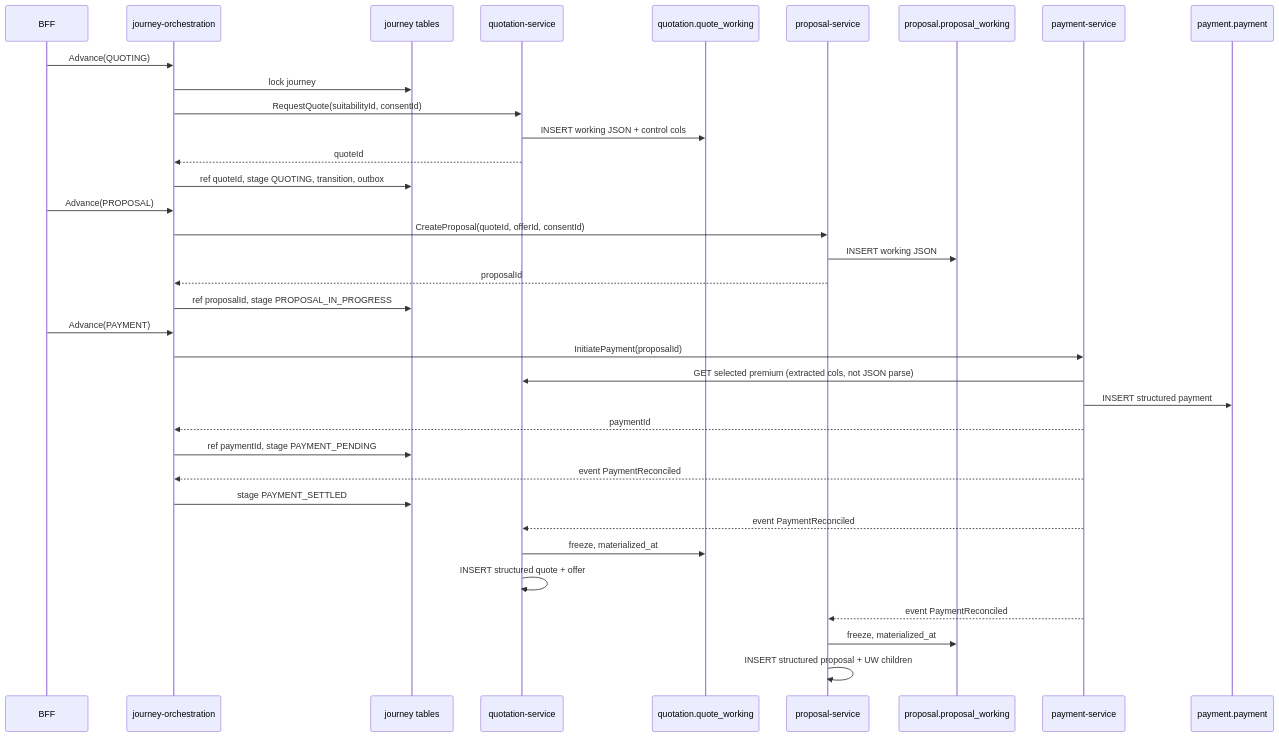
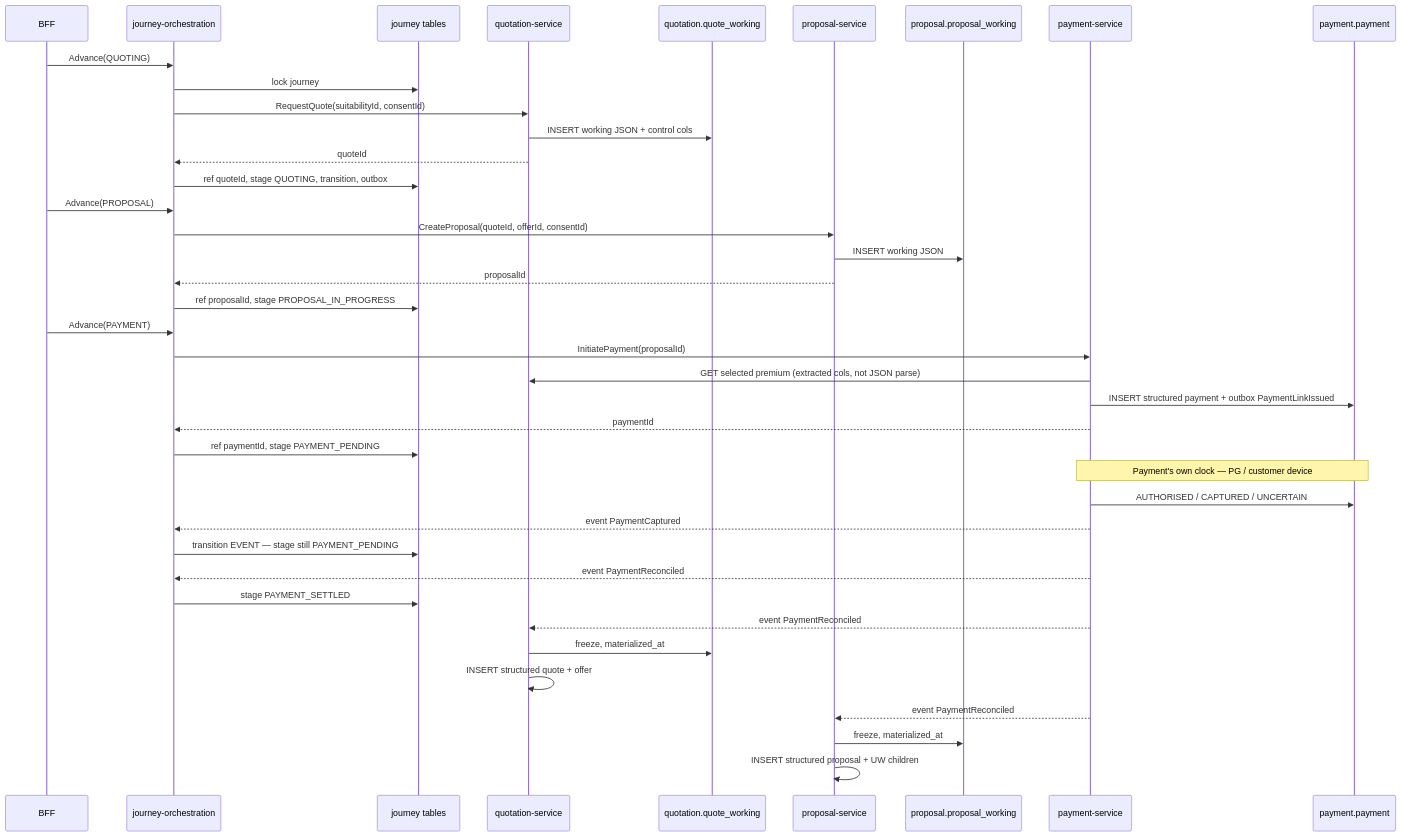
Before and after one commit to Mahesh38/bank-insurance-platform: the second of 4 diagrams in docs/platform/data-architecture/06-journey-orchestrator-and-working-payload.md, drawn with Mermaid. The commit also changed other lines of this file and 11 other files, not shown here.

````diff
--- a/docs/platform/data-architecture/06-journey-orchestrator-and-working-payload.md
+++ b/docs/platform/data-architecture/06-journey-orchestrator-and-working-payload.md
@@ -149,41 +151,46 @@
 ```mermaid
 sequenceDiagram
     participant BFF
     participant JO as journey-orchestration
     participant JT as journey tables
     participant QS as quotation-service
     participant QW as quotation.quote_working
     participant PS as proposal-service
     participant PW as proposal.proposal_working
     participant PAY as payment-service
     participant PT as payment.payment
 
     BFF->>JO: Advance(QUOTING)
     JO->>JT: lock journey
     JO->>QS: RequestQuote(suitabilityId, consentId)
     QS->>QW: INSERT working JSON + control cols
     QS-->>JO: quoteId
     JO->>JT: ref quoteId, stage QUOTING, transition, outbox
 
     BFF->>JO: Advance(PROPOSAL)
     JO->>PS: CreateProposal(quoteId, offerId, consentId)
     PS->>PW: INSERT working JSON
     PS-->>JO: proposalId
     JO->>JT: ref proposalId, stage PROPOSAL_IN_PROGRESS
 
     BFF->>JO: Advance(PAYMENT)
     JO->>PAY: InitiatePayment(proposalId)
     PAY->>QS: GET selected premium (extracted cols, not JSON parse)
-    PAY->>PT: INSERT structured payment
+    PAY->>PT: INSERT structured payment + outbox PaymentLinkIssued
     PAY-->>JO: paymentId
     JO->>JT: ref paymentId, stage PAYMENT_PENDING
+
+    Note over PAY,PT: Payment's own clock — PG / customer device
+    PAY->>PT: AUTHORISED / CAPTURED / UNCERTAIN
+    PAY-->>JO: event PaymentCaptured
+    JO->>JT: transition EVENT — stage still PAYMENT_PENDING
 
     PAY-->>JO: event PaymentReconciled
     JO->>JT: stage PAYMENT_SETTLED
     PAY-->>QS: event PaymentReconciled
     QS->>QW: freeze, materialized_at
     QS->>QS: INSERT structured quote + offer
     PAY-->>PS: event PaymentReconciled
     PS->>PW: freeze, materialized_at
     PS->>PS: INSERT structured proposal + UW children
 ```
````
